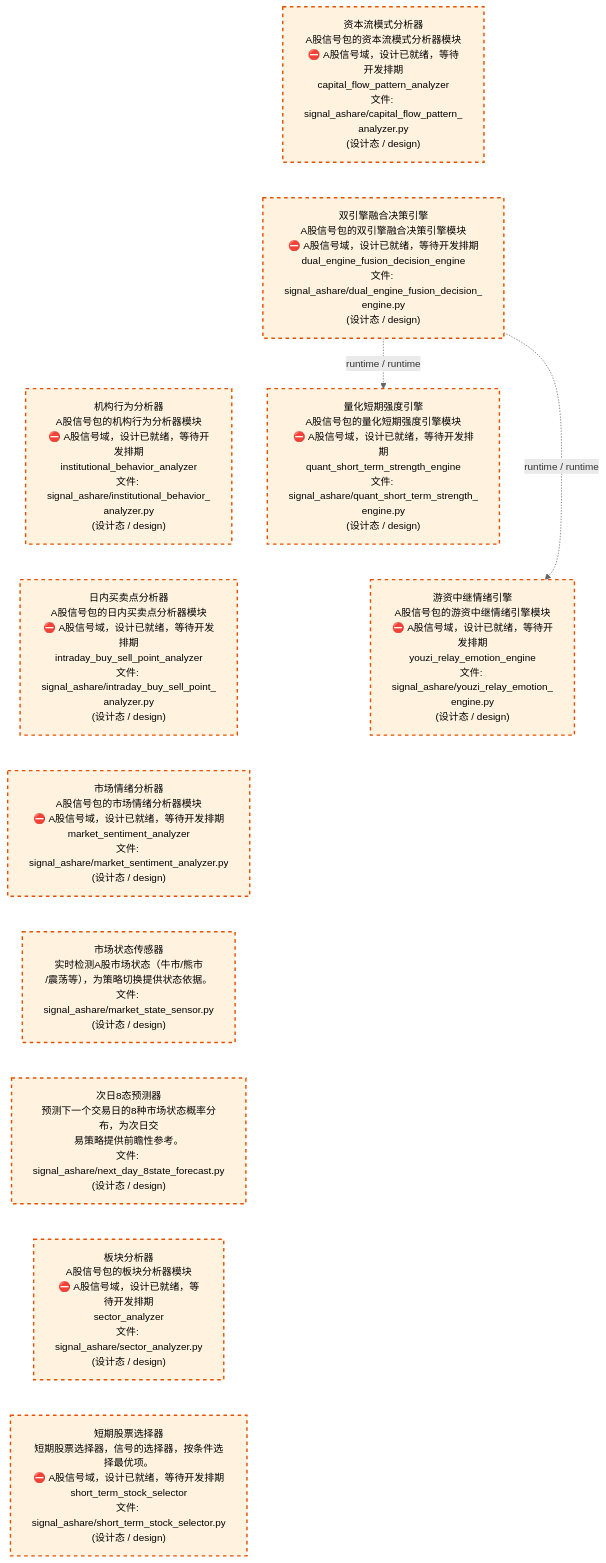
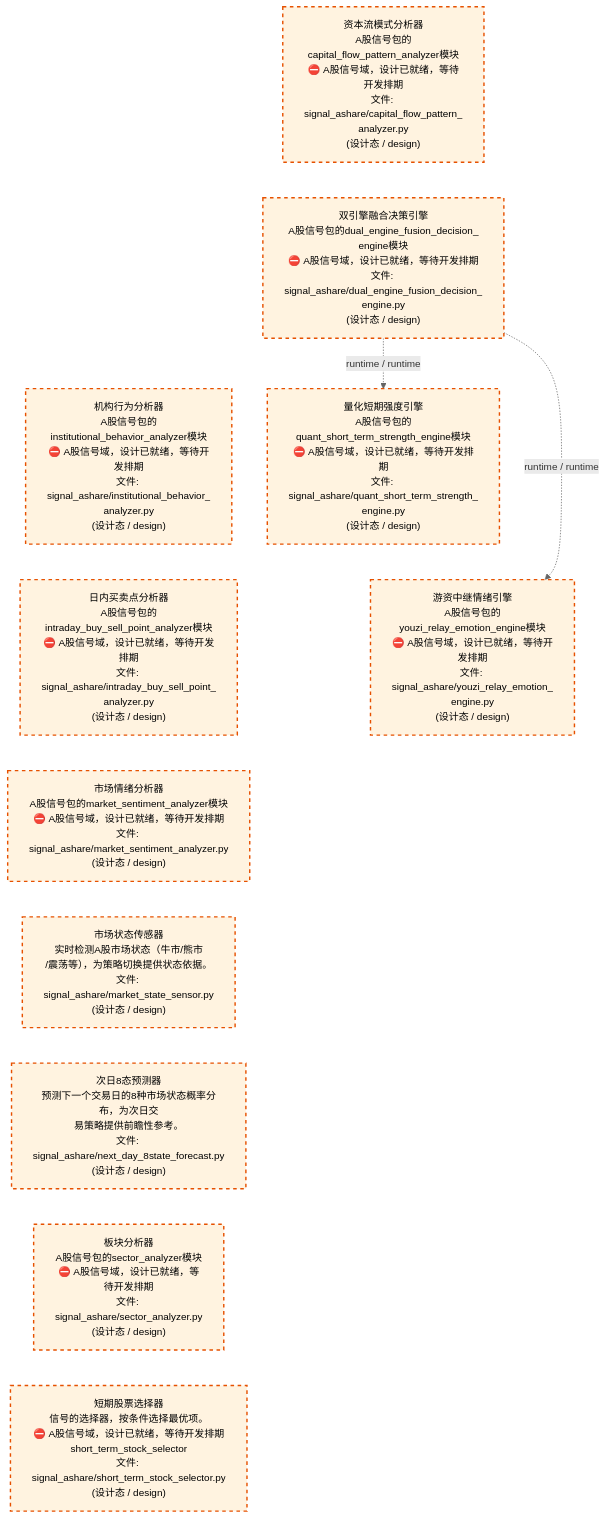
The third of 4 diagrams in docs/02_enterprise_architecture/02_domain_architecture_docs/32_d_ashare_signal.md (xuanFelixVan/ZephyrAlpha), drawn with Mermaid before and after one commit. The commit also changed other lines of this file and 61 other files, not shown here.

````diff
--- a/docs/02_enterprise_architecture/02_domain_architecture_docs/32_d_ashare_signal.md
+++ b/docs/02_enterprise_architecture/02_domain_architecture_docs/32_d_ashare_signal.md
@@ -134,31 +137,31 @@
 ```mermaid
 %%{init: {'theme': 'base', 'themeVariables': {'primaryColor': '#eaeaea', 'primaryTextColor': '#333333', 'primaryBorderColor': '#666666', 'lineColor': '#666666', 'secondaryColor': '#eaeaea', 'tertiaryColor': '#eaeaea', 'fontSize': '14px'}}}%%
 flowchart TD
-    src_zephyr_signal_ashare_capital_flow_pattern_analyzer_py["资本流模式分析器<br/>A股信号包的资本流模式分析器模块<br/>⛔ A股信号域，设计已就绪，等待开发排期<br/>capital_flow_pattern_analyzer<br/>文件: signal_ashare/capital_flow_pattern_<br/>analyzer.py<br/>(设计态 / design)"]
-    src_zephyr_signal_ashare_dual_engine_fusion_decision_engine_py["双引擎融合决策引擎<br/>A股信号包的双引擎融合决策引擎模块<br/>⛔ A股信号域，设计已就绪，等待开发排期<br/>dual_engine_fusion_decision_engine<br/>文件: signal_ashare/dual_engine_fusion_decision_<br/>engine.py<br/>(设计态 / design)"]
-    src_zephyr_signal_ashare_institutional_behavior_analyzer_py["机构行为分析器<br/>A股信号包的机构行为分析器模块<br/>⛔ A股信号域，设计已就绪，等待开发排期<br/>institutional_behavior_analyzer<br/>文件: signal_ashare/institutional_behavior_<br/>analyzer.py<br/>(设计态 / design)"]
-    src_zephyr_signal_ashare_intraday_buy_sell_point_analyzer_py["日内买卖点分析器<br/>A股信号包的日内买卖点分析器模块<br/>⛔ A股信号域，设计已就绪，等待开发排期<br/>intraday_buy_sell_point_analyzer<br/>文件: signal_ashare/intraday_buy_sell_point_<br/>analyzer.py<br/>(设计态 / design)"]
-    src_zephyr_signal_ashare_market_sentiment_analyzer_py["市场情绪分析器<br/>A股信号包的市场情绪分析器模块<br/>⛔ A股信号域，设计已就绪，等待开发排期<br/>market_sentiment_analyzer<br/>文件: signal_ashare/market_sentiment_analyzer.py<br/>(设计态 / design)"]
+    src_zephyr_signal_ashare_capital_flow_pattern_analyzer_py["资本流模式分析器<br/>A股信号包的capital_flow_pattern_analyzer模块<br/>⛔ A股信号域，设计已就绪，等待开发排期<br/>文件: signal_ashare/capital_flow_pattern_<br/>analyzer.py<br/>(设计态 / design)"]
+    src_zephyr_signal_ashare_dual_engine_fusion_decision_engine_py["双引擎融合决策引擎<br/>A股信号包的dual_engine_fusion_decision_<br/>engine模块<br/>⛔ A股信号域，设计已就绪，等待开发排期<br/>文件: signal_ashare/dual_engine_fusion_decision_<br/>engine.py<br/>(设计态 / design)"]
+    src_zephyr_signal_ashare_institutional_behavior_analyzer_py["机构行为分析器<br/>A股信号包的institutional_behavior_analyzer模块<br/>⛔ A股信号域，设计已就绪，等待开发排期<br/>文件: signal_ashare/institutional_behavior_<br/>analyzer.py<br/>(设计态 / design)"]
+    src_zephyr_signal_ashare_intraday_buy_sell_point_analyzer_py["日内买卖点分析器<br/>A股信号包的intraday_buy_sell_point_analyzer模块<br/>⛔ A股信号域，设计已就绪，等待开发排期<br/>文件: signal_ashare/intraday_buy_sell_point_<br/>analyzer.py<br/>(设计态 / design)"]
+    src_zephyr_signal_ashare_market_sentiment_analyzer_py["市场情绪分析器<br/>A股信号包的market_sentiment_analyzer模块<br/>⛔ A股信号域，设计已就绪，等待开发排期<br/>文件: signal_ashare/market_sentiment_analyzer.py<br/>(设计态 / design)"]
     src_zephyr_signal_ashare_market_state_sensor_py["市场状态传感器<br/>实时检测A股市场状态（牛市/熊市<br/>/震荡等），为策略切换提供状态依据。<br/>文件: signal_ashare/market_state_sensor.py<br/>(设计态 / design)"]
     src_zephyr_signal_ashare_next_day_8state_forecast_py["次日8态预测器<br/>预测下一个交易日的8种市场状态概率分布，为次日交<br/>易策略提供前瞻性参考。<br/>文件: signal_ashare/next_day_8state_forecast.py<br/>(设计态 / design)"]
-    src_zephyr_signal_ashare_sector_analyzer_py["板块分析器<br/>A股信号包的板块分析器模块<br/>⛔ A股信号域，设计已就绪，等待开发排期<br/>sector_analyzer<br/>文件: signal_ashare/sector_analyzer.py<br/>(设计态 / design)"]
-    src_zephyr_signal_ashare_short_term_stock_selector_py["短期股票选择器<br/>短期股票选择器，信号的选择器，按条件选择最优项。<br/>⛔ A股信号域，设计已就绪，等待开发排期<br/>short_term_stock_selector<br/>文件: signal_ashare/short_term_stock_selector.py<br/>(设计态 / design)"]
+    src_zephyr_signal_ashare_sector_analyzer_py["板块分析器<br/>A股信号包的sector_analyzer模块<br/>⛔ A股信号域，设计已就绪，等待开发排期<br/>文件: signal_ashare/sector_analyzer.py<br/>(设计态 / design)"]
+    src_zephyr_signal_ashare_short_term_stock_selector_py["短期股票选择器<br/>信号的选择器，按条件选择最优项。<br/>⛔ A股信号域，设计已就绪，等待开发排期<br/>short_term_stock_selector<br/>文件: signal_ashare/short_term_stock_selector.py<br/>(设计态 / design)"]
     src_zephyr_signal_ashare_capital_flow_pattern_analyzer_py ~~~ src_zephyr_signal_ashare_dual_engine_fusion_decision_engine_py
     src_zephyr_signal_ashare_dual_engine_fusion_decision_engine_py ~~~ src_zephyr_signal_ashare_institutional_behavior_analyzer_py
     src_zephyr_signal_ashare_institutional_behavior_analyzer_py ~~~ src_zephyr_signal_ashare_intraday_buy_sell_point_analyzer_py
     src_zephyr_signal_ashare_intraday_buy_sell_point_analyzer_py ~~~ src_zephyr_signal_ashare_market_sentiment_analyzer_py
     src_zephyr_signal_ashare_market_sentiment_analyzer_py ~~~ src_zephyr_signal_ashare_market_state_sensor_py
     src_zephyr_signal_ashare_market_state_sensor_py ~~~ src_zephyr_signal_ashare_next_day_8state_forecast_py
     src_zephyr_signal_ashare_next_day_8state_forecast_py ~~~ src_zephyr_signal_ashare_sector_analyzer_py
     src_zephyr_signal_ashare_sector_analyzer_py ~~~ src_zephyr_signal_ashare_short_term_stock_selector_py
-    src_zephyr_signal_ashare_quant_short_term_strength_engine_py["量化短期强度引擎<br/>A股信号包的量化短期强度引擎模块<br/>⛔ A股信号域，设计已就绪，等待开发排期<br/>quant_short_term_strength_engine<br/>文件: signal_ashare/quant_short_term_strength_<br/>engine.py<br/>(设计态 / design)"]
-    src_zephyr_signal_ashare_youzi_relay_emotion_engine_py["游资中继情绪引擎<br/>A股信号包的游资中继情绪引擎模块<br/>⛔ A股信号域，设计已就绪，等待开发排期<br/>youzi_relay_emotion_engine<br/>文件: signal_ashare/youzi_relay_emotion_<br/>engine.py<br/>(设计态 / design)"]
+    src_zephyr_signal_ashare_quant_short_term_strength_engine_py["量化短期强度引擎<br/>A股信号包的quant_short_term_strength_engine模块<br/>⛔ A股信号域，设计已就绪，等待开发排期<br/>文件: signal_ashare/quant_short_term_strength_<br/>engine.py<br/>(设计态 / design)"]
+    src_zephyr_signal_ashare_youzi_relay_emotion_engine_py["游资中继情绪引擎<br/>A股信号包的youzi_relay_emotion_engine模块<br/>⛔ A股信号域，设计已就绪，等待开发排期<br/>文件: signal_ashare/youzi_relay_emotion_<br/>engine.py<br/>(设计态 / design)"]
     src_zephyr_signal_ashare_quant_short_term_strength_engine_py ~~~ src_zephyr_signal_ashare_youzi_relay_emotion_engine_py
     src_zephyr_signal_ashare_dual_engine_fusion_decision_engine_py -.->|runtime / runtime| src_zephyr_signal_ashare_youzi_relay_emotion_engine_py
     src_zephyr_signal_ashare_dual_engine_fusion_decision_engine_py -.->|runtime / runtime| src_zephyr_signal_ashare_quant_short_term_strength_engine_py
     classDef production fill:#e1f5fe,stroke:#01579b,stroke-width:2px,color:#000
     classDef design fill:#fff3e0,stroke:#e65100,stroke-width:2px,color:#000,stroke-dasharray: 5 5
     classDef external_prod fill:#e8f4fd,stroke:#0277bd,stroke-width:1px,color:#000
     classDef external_design fill:#fff8e7,stroke:#ef6c00,stroke-width:1px,color:#000,stroke-dasharray: 5 5
     class src_zephyr_signal_ashare_capital_flow_pattern_analyzer_py,src_zephyr_signal_ashare_dual_engine_fusion_decision_engine_py,src_zephyr_signal_ashare_institutional_behavior_analyzer_py,src_zephyr_signal_ashare_intraday_buy_sell_point_analyzer_py,src_zephyr_signal_ashare_market_sentiment_analyzer_py,src_zephyr_signal_ashare_market_state_sensor_py,src_zephyr_signal_ashare_next_day_8state_forecast_py,src_zephyr_signal_ashare_quant_short_term_strength_engine_py,src_zephyr_signal_ashare_sector_analyzer_py,src_zephyr_signal_ashare_short_term_stock_selector_py,src_zephyr_signal_ashare_youzi_relay_emotion_engine_py design
 ```
````
